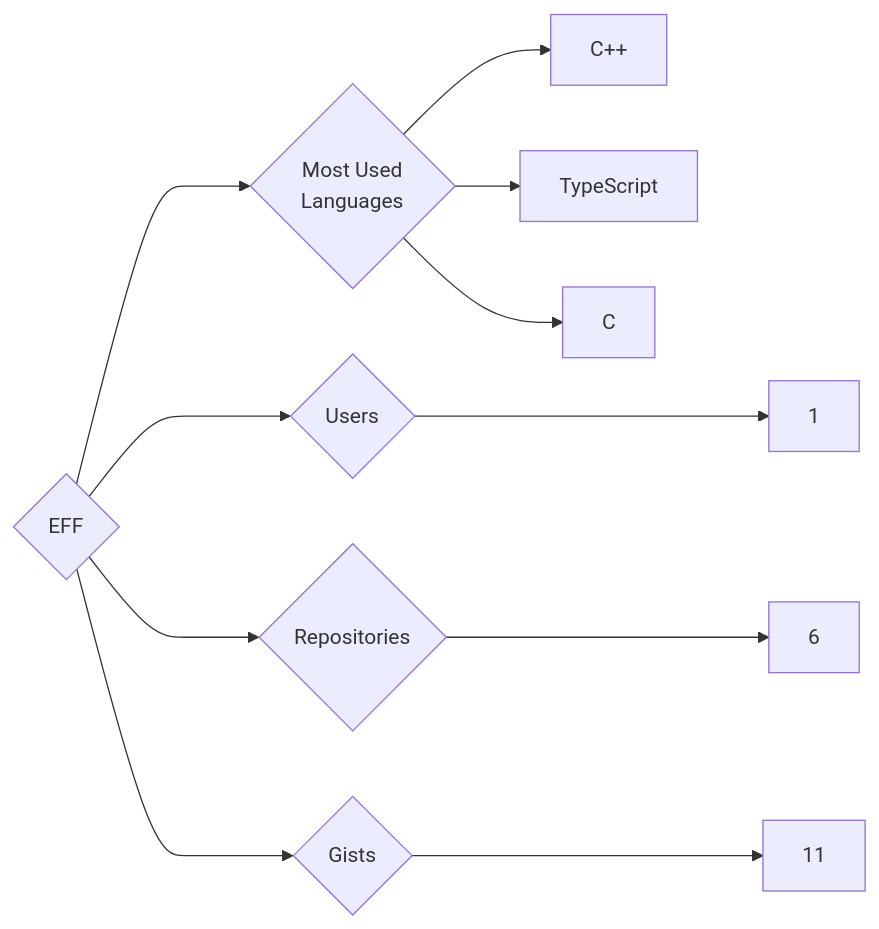
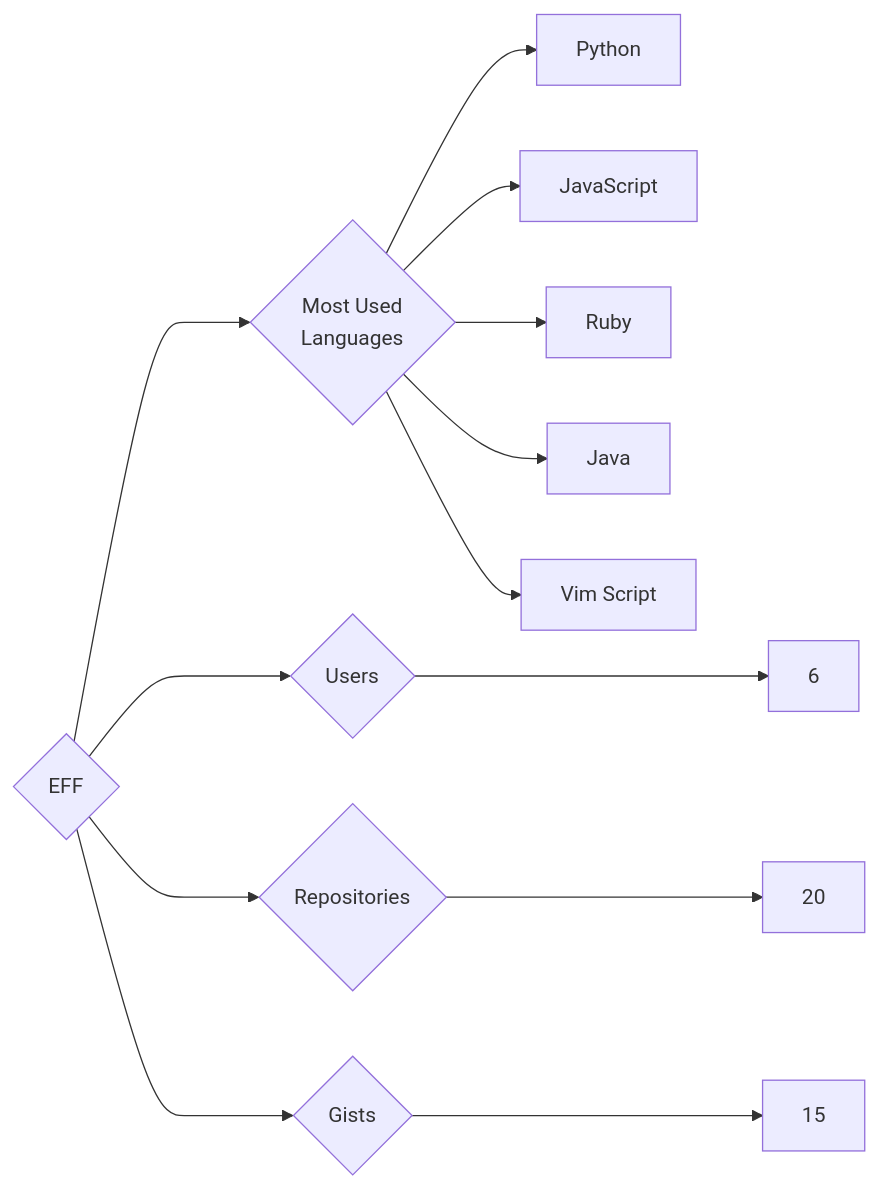
One commit to trickest/insiders changed the diagram in targets/EFF/README.md. Above: the diagram before and after it, drawn with Mermaid. The commit also changed 1314 other files, not shown here.

````diff
--- a/targets/EFF/README.md
+++ b/targets/EFF/README.md
@@ -3,11 +3,13 @@
 ```mermaid
 graph LR
 COMPANY_NAME{EFF}
-COMPANY_NAME ---> U{Users} ---> UN[1]
-COMPANY_NAME ---> R{Repositories} ---> RN[6]
-COMPANY_NAME ---> G{Gists} ---> GN[11]
+COMPANY_NAME ---> U{Users} ---> UN[6]
+COMPANY_NAME ---> R{Repositories} ---> RN[20]
+COMPANY_NAME ---> G{Gists} ---> GN[15]
 COMPANY_NAME ---> ML{Most Used<br>Languages}
-ML --> C++[C++]
-ML --> TypeScript[TypeScript]
-ML --> C[C]
+ML --> Python[Python]
+ML --> JavaScript[JavaScript]
+ML --> Ruby[Ruby]
+ML --> Java[Java]
+ML --> Vim_Script[Vim Script]
 ```
````
